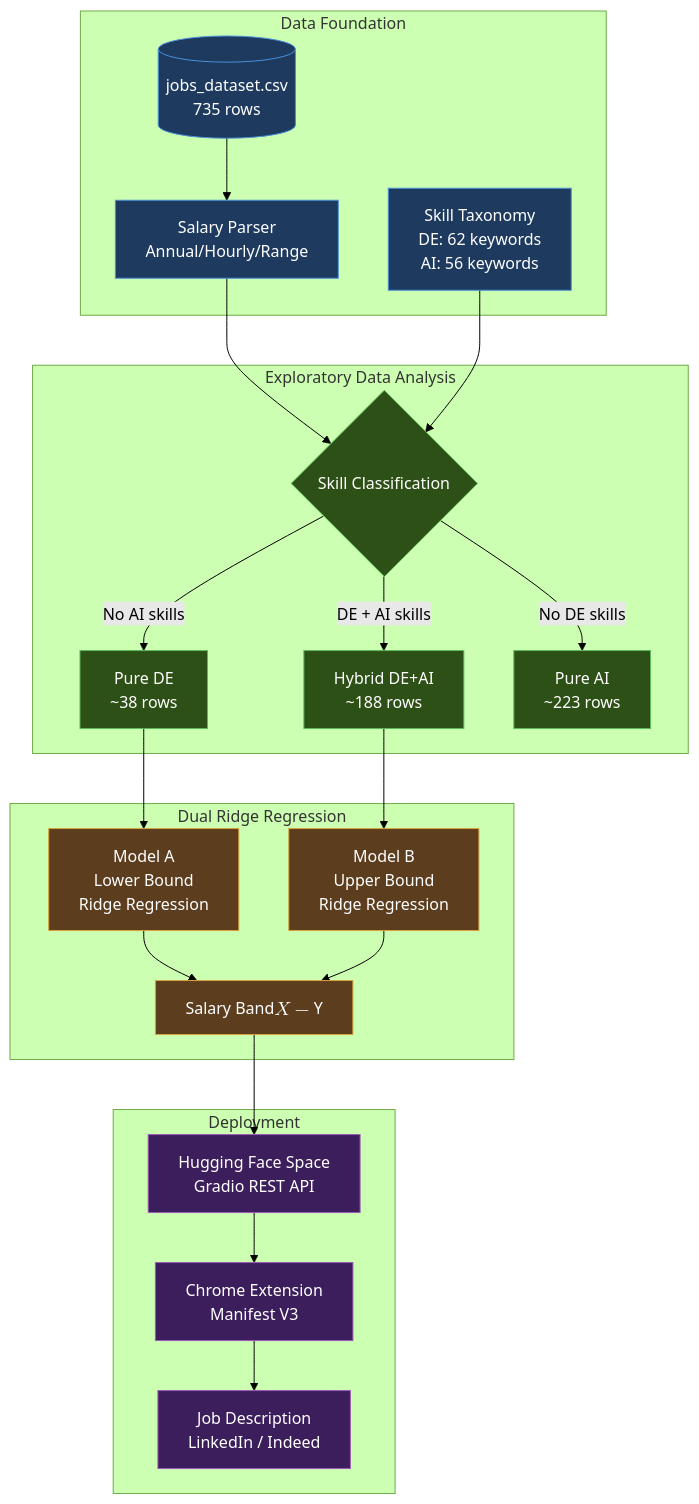
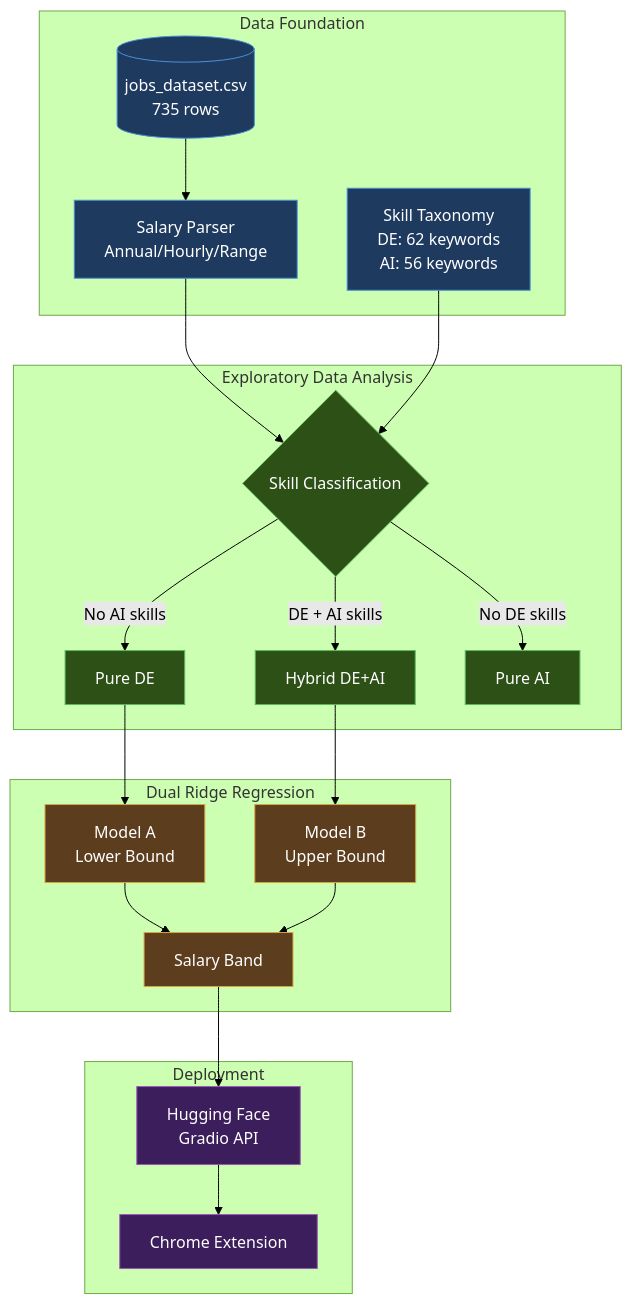
One commit to thomas-to-bcheme/thomas-to-bcheme changed the eighth of 9 diagrams in README.md. Above: the diagram before and after it, drawn with Mermaid (forest theme). The commit also changed other lines of this file and 95 other files, not shown here.

````diff
--- a/README.md
+++ b/README.md
@@ -437,40 +421,39 @@
 ```mermaid
 flowchart TD
     subgraph Data["Data Foundation"]
         CSV[(jobs_dataset.csv<br/>735 rows)]
         TAX[Skill Taxonomy<br/>DE: 62 keywords<br/>AI: 56 keywords]
         SAL[Salary Parser<br/>Annual/Hourly/Range]
     end
 
     subgraph EDA["Exploratory Data Analysis"]
         SEG{Skill Classification}
         CSV --> SAL --> SEG
         TAX --> SEG
-        SEG -->|No AI skills| PDE["Pure DE<br/>~38 rows"]
-        SEG -->|DE + AI skills| HYB["Hybrid DE+AI<br/>~188 rows"]
-        SEG -->|No DE skills| PAI["Pure AI<br/>~223 rows"]
+        SEG -->|No AI skills| PDE["Pure DE"]
+        SEG -->|DE + AI skills| HYB["Hybrid DE+AI"]
+        SEG -->|No DE skills| PAI["Pure AI"]
     end
 
     subgraph Models["Dual Ridge Regression"]
-        PDE --> MA["Model A<br/>Lower Bound<br/>Ridge Regression"]
-        HYB --> MB["Model B<br/>Upper Bound<br/>Ridge Regression"]
-        MA --> BAND["Salary Band<br/>$$X - $$Y"]
+        PDE --> MA["Model A<br/>Lower Bound"]
+        HYB --> MB["Model B<br/>Upper Bound"]
+        MA --> BAND["Salary Band"]
         MB --> BAND
     end
 
-    subgraph Deploy["Deployment"]
-        BAND --> HF["Hugging Face Space<br/>Gradio REST API"]
-        HF --> EXT["Chrome Extension<br/>Manifest V3"]
-        EXT --> JOB["Job Description<br/>LinkedIn / Indeed"]
+    subgraph Deployment["Deployment"]
+        BAND --> HF["Hugging Face<br/>Gradio API"]
+        HF --> EXT["Chrome Extension"]
     end
 
     classDef data fill:#1e3a5f,stroke:#4a90d9,color:#fff
     classDef eda fill:#2d5016,stroke:#5cb85c,color:#fff
     classDef model fill:#5c3d1e,stroke:#d9a441,color:#fff
     classDef deploy fill:#3d1e5c,stroke:#9b59b6,color:#fff
 
     class CSV,TAX,SAL data
     class SEG,PDE,HYB,PAI eda
     class MA,MB,BAND model
-    class HF,EXT,JOB deploy
+    class HF,EXT deploy
 ```
````
